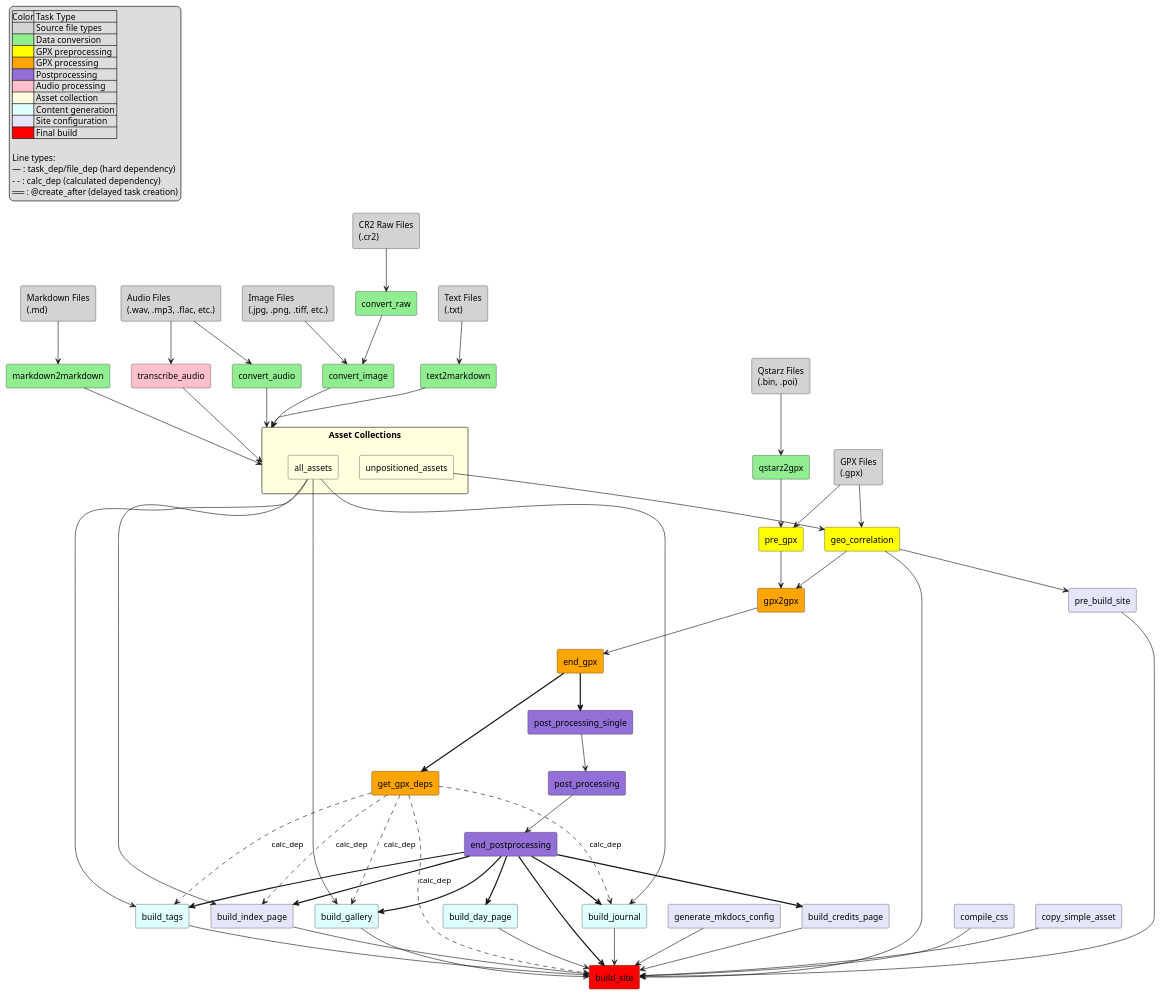
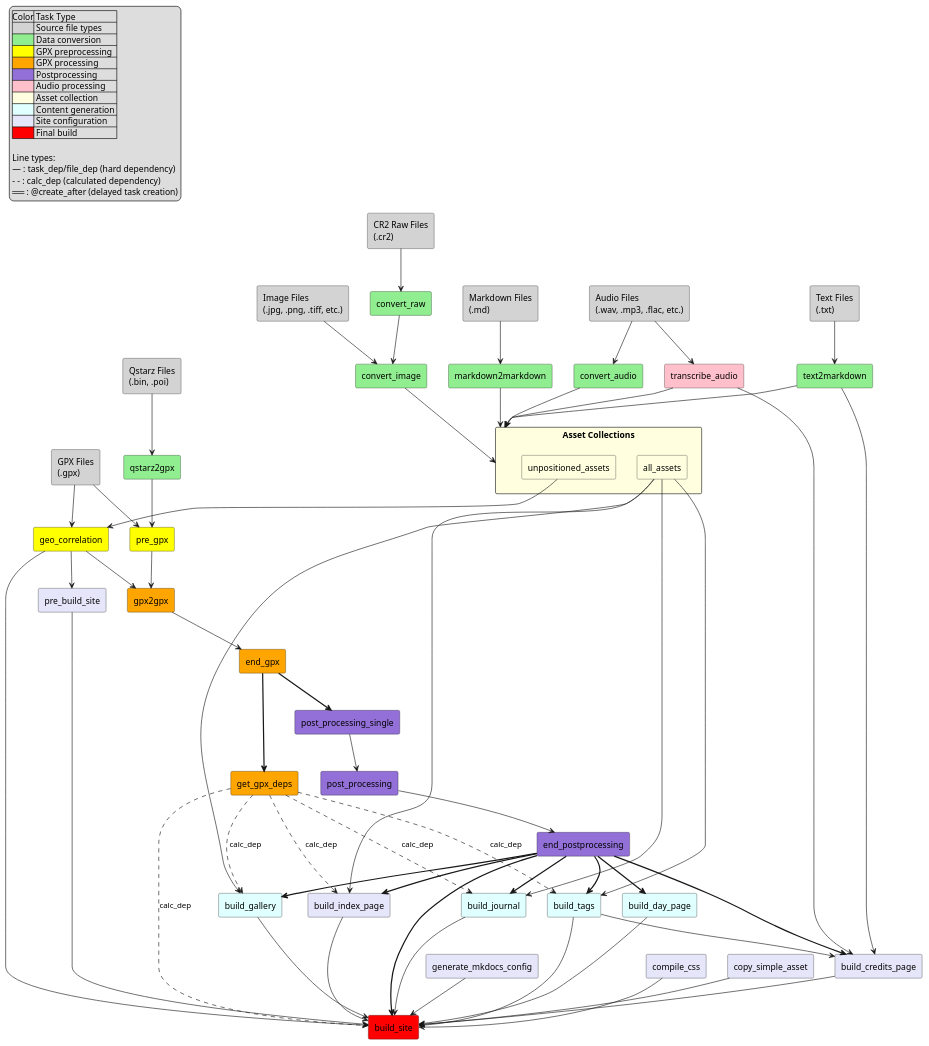
Before and after one commit to bytehexe/mkmapdiary: the diagram in docs/reference/task-dependencies.puml, drawn with PlantUML. The commit also changed 13 other files, not shown here.

First line of the commit message:
fix: disclose only the AI content a build generated

```diff
--- a/docs/reference/task-dependencies.puml
+++ b/docs/reference/task-dependencies.puml
@@ -159,6 +159,13 @@
 all_assets --> build_index_page
 unpositioned_assets --> geo_correlation
 
+' Dependencies for build_credits_page
+' The AI disclosure reports what these tasks recorded as actually generated,
+' so the credits page must not be written before they have run.
+text2markdown --> build_credits_page
+transcribe_audio --> build_credits_page
+build_tags --> build_credits_page
+
 ' Dependencies for build_site
 build_index_page --> build_site
 build_credits_page --> build_site
```
